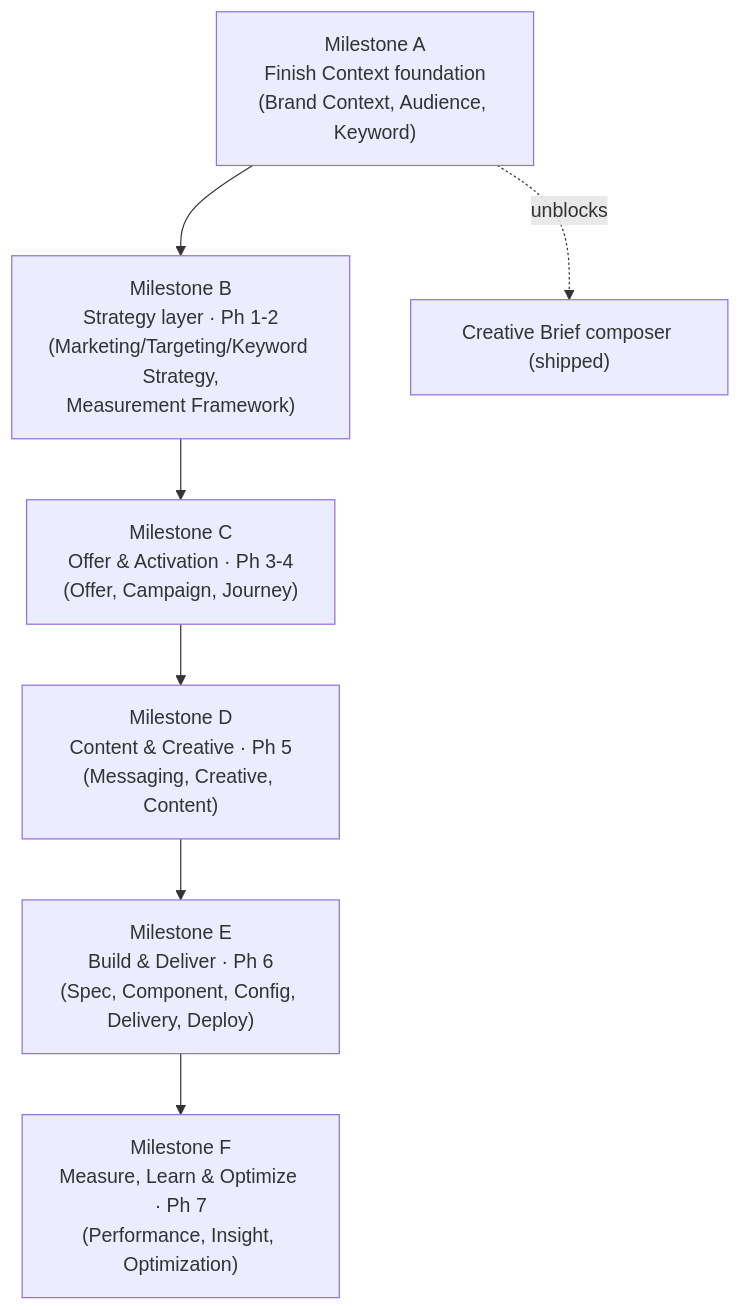
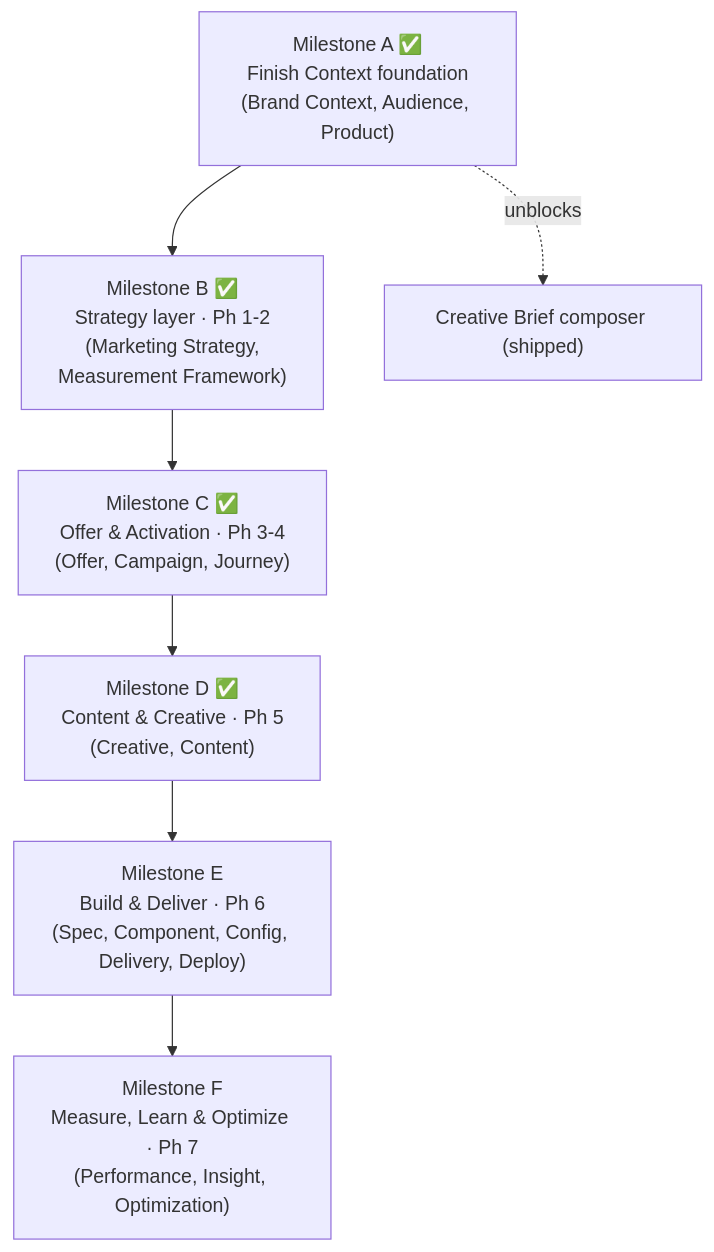
One commit to open-semantic-marketing-model/osmm changed the diagram in roadmap/ROADMAP.md. Above: the diagram before and after it, drawn with Mermaid. The commit also changed other lines of this file and 27 other files, not shown here.

First line of the commit message:
Dissolve Keyword, Keyword Strategy, Messaging Framework into the Journey (v0.8; 25 -> 22)

````diff
--- a/roadmap/ROADMAP.md
+++ b/roadmap/ROADMAP.md
@@ -28,11 +28,11 @@
 ```mermaid
 flowchart TD
-  A["Milestone A<br/>Finish Context foundation<br/>(Brand Context, Audience, Keyword)"]
-  B["Milestone B<br/>Strategy layer · Ph 1-2<br/>(Marketing/Targeting/Keyword Strategy,<br/>Measurement Framework)"]
-  C["Milestone C<br/>Offer & Activation · Ph 3-4<br/>(Offer, Campaign, Journey)"]
-  D["Milestone D<br/>Content & Creative · Ph 5<br/>(Messaging, Creative, Content)"]
+  A["Milestone A ✅<br/>Finish Context foundation<br/>(Brand Context, Audience, Product)"]
+  B["Milestone B ✅<br/>Strategy layer · Ph 1-2<br/>(Marketing Strategy,<br/>Measurement Framework)"]
+  C["Milestone C ✅<br/>Offer & Activation · Ph 3-4<br/>(Offer, Campaign, Journey)"]
+  D["Milestone D ✅<br/>Content & Creative · Ph 5<br/>(Creative, Content)"]
   E["Milestone E<br/>Build & Deliver · Ph 6<br/>(Spec, Component, Config, Delivery, Deploy)"]
   F["Milestone F<br/>Measure, Learn & Optimize · Ph 7<br/>(Performance, Insight, Optimization)"]
   A --> B --> C --> D --> E --> F
   A -. "unblocks" .-> C01["Creative Brief composer (shipped)"]
 ```
````
